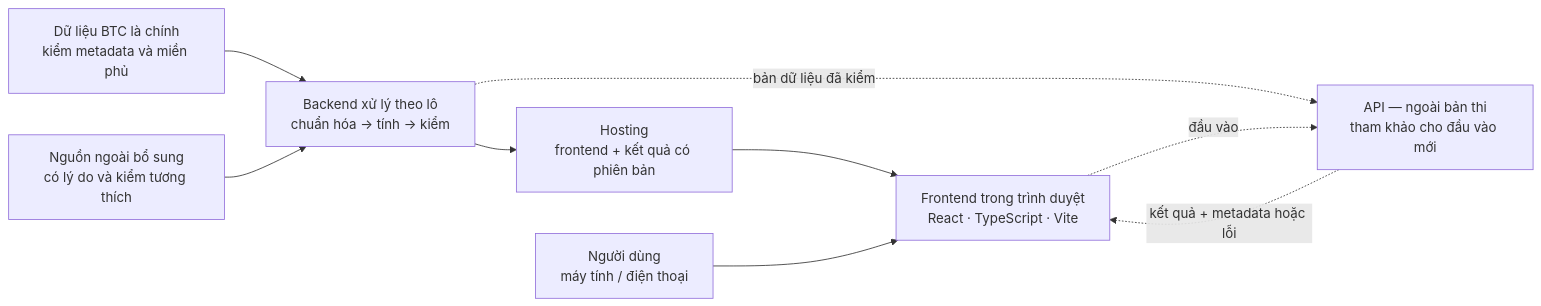
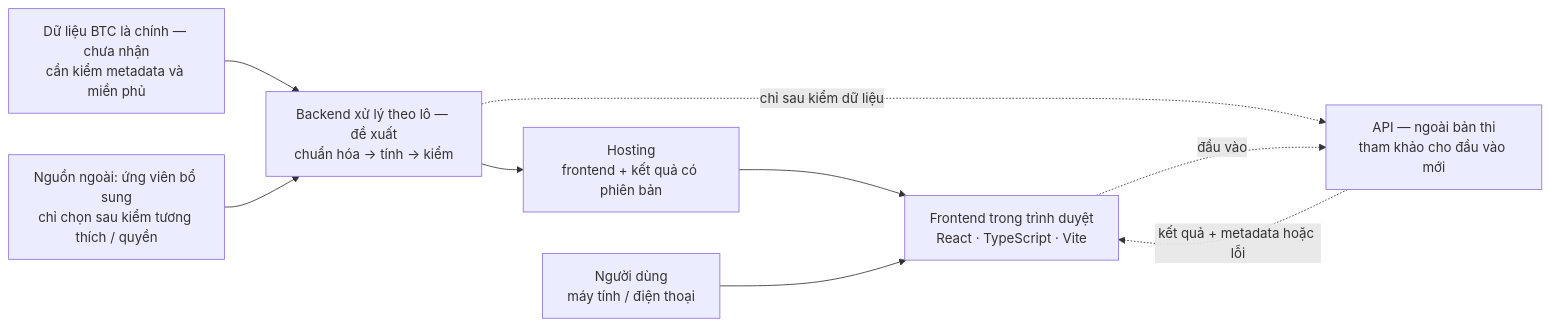
One commit to justsomenewbie/space-apps-2026-preparation changed the diagram in docs/architecture-proposal/ARCHITECTURE_PROPOSAL.md. Above: the diagram before and after it, drawn with Mermaid. The commit also changed other lines of this file and 7 other files, not shown here.

````diff
--- a/docs/architecture-proposal/ARCHITECTURE_PROPOSAL.md
+++ b/docs/architecture-proposal/ARCHITECTURE_PROPOSAL.md
@@ -23,11 +23,11 @@
 ```mermaid
 flowchart LR
-    S["Dữ liệu BTC là chính<br/>kiểm metadata và miền phủ"] --> P["Backend xử lý theo lô<br/>chuẩn hóa → tính → kiểm"]
-    X["Nguồn ngoài bổ sung<br/>có lý do và kiểm tương thích"] --> P
+    S["Dữ liệu BTC là chính — chưa nhận<br/>cần kiểm metadata và miền phủ"] --> P["Backend xử lý theo lô — đề xuất<br/>chuẩn hóa → tính → kiểm"]
+    X["Nguồn ngoài: ứng viên bổ sung<br/>chỉ chọn sau kiểm tương thích / quyền"] --> P
     P --> H["Hosting<br/>frontend + kết quả có phiên bản"]
     H --> F["Frontend trong trình duyệt<br/>React · TypeScript · Vite"]
     U["Người dùng<br/>máy tính / điện thoại"] --> F
-    P -. "bản dữ liệu đã kiểm" .-> A["API — ngoài bản thi<br/>tham khảo cho đầu vào mới"]
+    P -. "chỉ sau kiểm dữ liệu" .-> A["API — ngoài bản thi<br/>tham khảo cho đầu vào mới"]
     F -. "đầu vào" .-> A
     A -. "kết quả + metadata hoặc lỗi" .-> F
 ```
````
